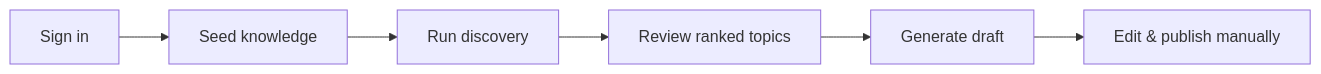
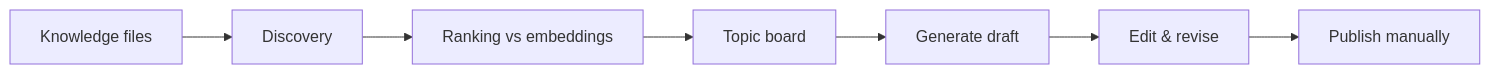
Before and after one commit to Vinayak-RZ/Content-OS: the first of 3 diagrams in README.md, drawn with Mermaid. The commit also changed other lines of this file, not shown here.

````diff
--- a/README.md
+++ b/README.md
@@ -104,8 +80,9 @@
 ```mermaid
 flowchart LR
-  A[Sign in] --> B[Seed knowledge]
-  B --> C[Run discovery]
-  C --> D[Review ranked topics]
-  D --> E[Generate draft]
-  E --> F[Edit & publish manually]
+  K[Knowledge files] --> D[Discovery]
+  D --> R[Ranking vs embeddings]
+  R --> T[Topic board]
+  T --> G[Generate draft]
+  G --> E[Edit & revise]
+  E --> P[Publish manually]
 ```
````
